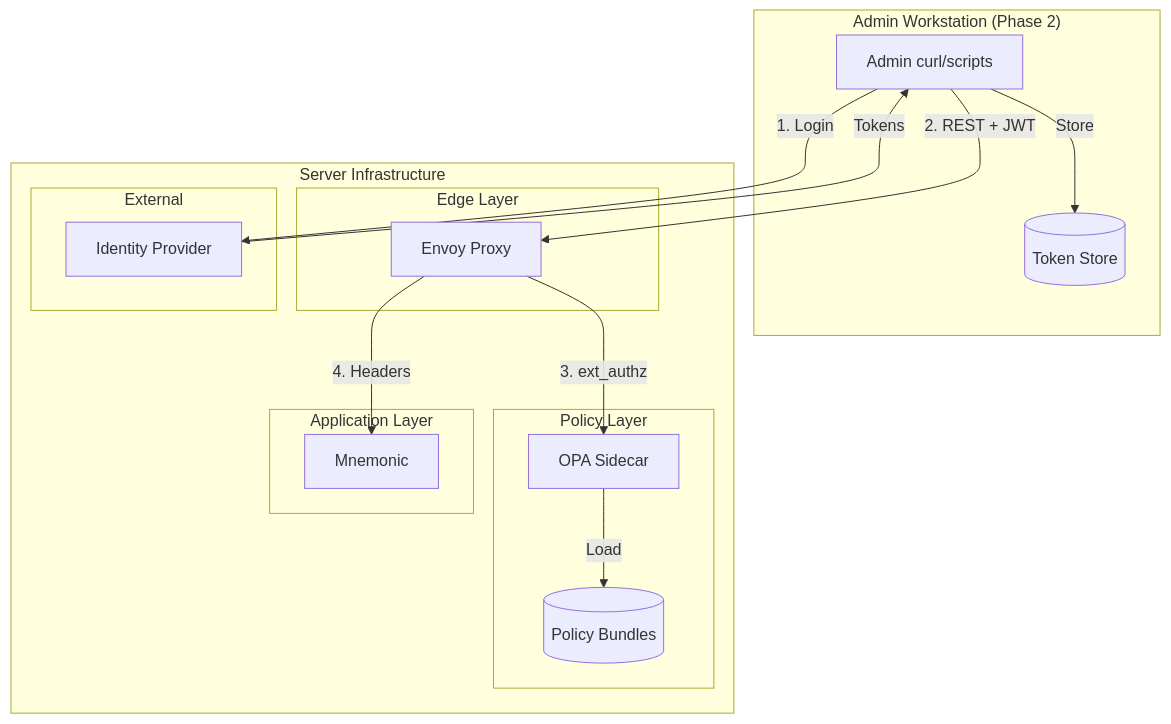
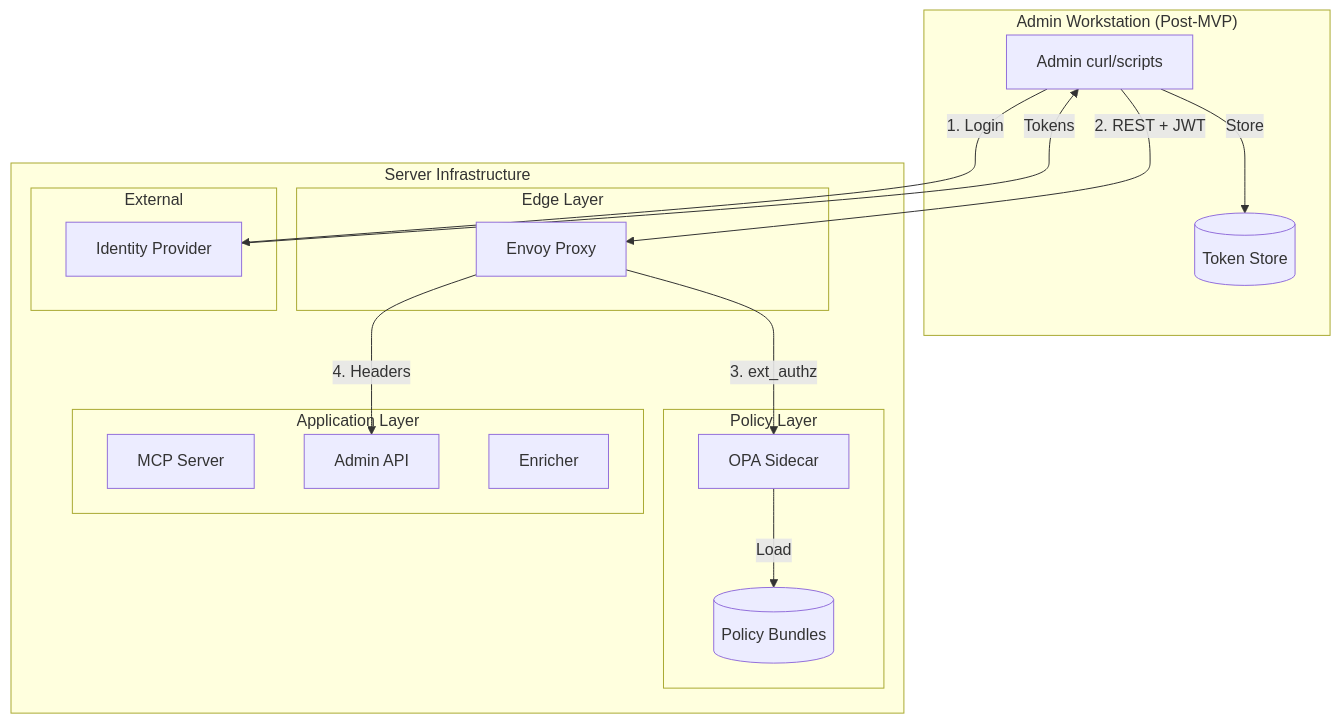
The first of 10 diagrams in docs/architecture/system/01-security-architecture.md (twistingmercury/mnemonic-docs), drawn with Mermaid before and after one commit. The commit also changed other lines of this file and 1 other file, not shown here.

Commit message:
docs: fix observability and security architecture for three-service topology

````diff
--- a/docs/architecture/system/01-security-architecture.md
+++ b/docs/architecture/system/01-security-architecture.md
@@ -54,34 +54,36 @@
 ```mermaid
 graph TB
-    subgraph "Admin Workstation (Phase 2)"
+    subgraph "Admin Workstation (Post-MVP)"
         ADMIN[Admin curl/scripts]
         STORE[(Token Store)]
     end
 
     subgraph "Server Infrastructure"
         subgraph "Edge Layer"
             ENV[Envoy Proxy]
         end
 
         subgraph "Policy Layer"
             OPA[OPA Sidecar]
             BUNDLE[(Policy Bundles)]
         end
 
         subgraph "Application Layer"
-            MN[Mnemonic]
+            MCP[MCP Server]
+            API[Admin API]
+            ENR[Enricher]
         end
 
         subgraph "External"
             IDP[Identity Provider]
         end
     end
 
     ADMIN -->|"1. Login"| IDP
     IDP -->|"Tokens"| ADMIN
     ADMIN -->|"Store"| STORE
     ADMIN -->|"2. REST + JWT"| ENV
     ENV -->|"3. ext_authz"| OPA
     OPA -->|"Load"| BUNDLE
-    ENV -->|"4. Headers"| MN
+    ENV -->|"4. Headers"| API
 ```
````
